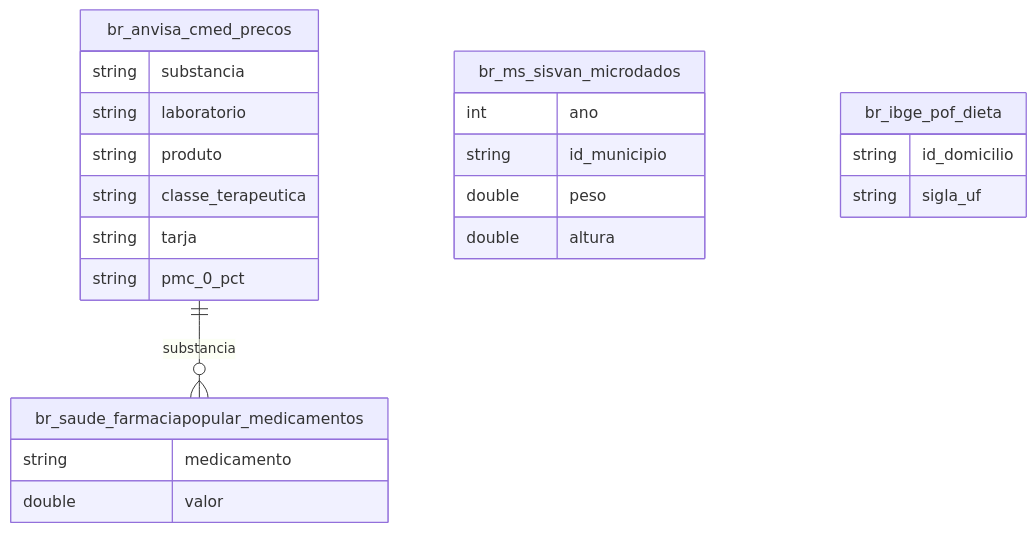
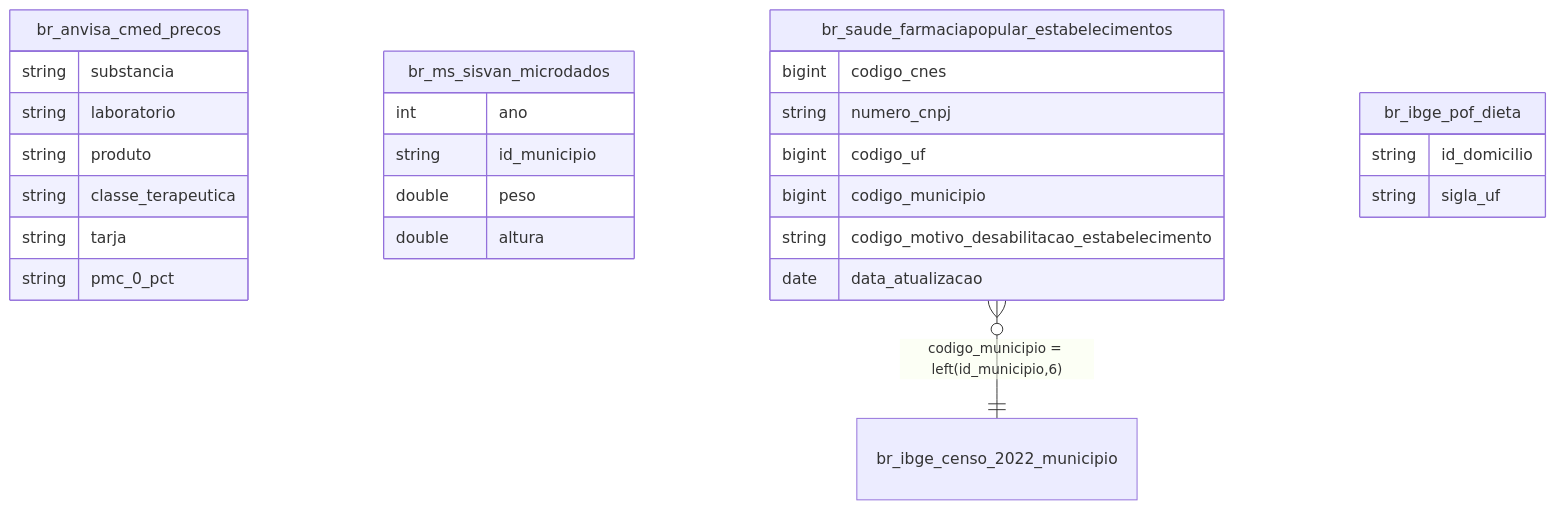
One commit to rafapolo/rodado changed the diagram in docs/mapa/overview/41_nutricao_medicamentos.md. Above: the diagram before and after it, drawn with Mermaid. The commit also changed other lines of this file and 135 other files, not shown here.

````diff
--- a/docs/mapa/overview/41_nutricao_medicamentos.md
+++ b/docs/mapa/overview/41_nutricao_medicamentos.md
@@ -2,15 +2,15 @@
 ```mermaid
 erDiagram
     br_anvisa_cmed_precos {
         string substancia
         string laboratorio
         string produto
         string classe_terapeutica
         string tarja
         string pmc_0_pct
     }
     br_ms_sisvan_microdados { int ano string id_municipio double peso double altura }
-    br_saude_farmaciapopular_medicamentos { string medicamento double valor }
+    br_saude_farmaciapopular_estabelecimentos { bigint codigo_cnes string numero_cnpj bigint codigo_uf bigint codigo_municipio string codigo_motivo_desabilitacao_estabelecimento date data_atualizacao }
     br_ibge_pof_dieta { string id_domicilio string sigla_uf }
-    br_anvisa_cmed_precos ||--o{ br_saude_farmaciapopular_medicamentos : "substancia"
+    br_saude_farmaciapopular_estabelecimentos }o--|| br_ibge_censo_2022_municipio : "codigo_municipio = left(id_municipio,6)"
 ```
````
